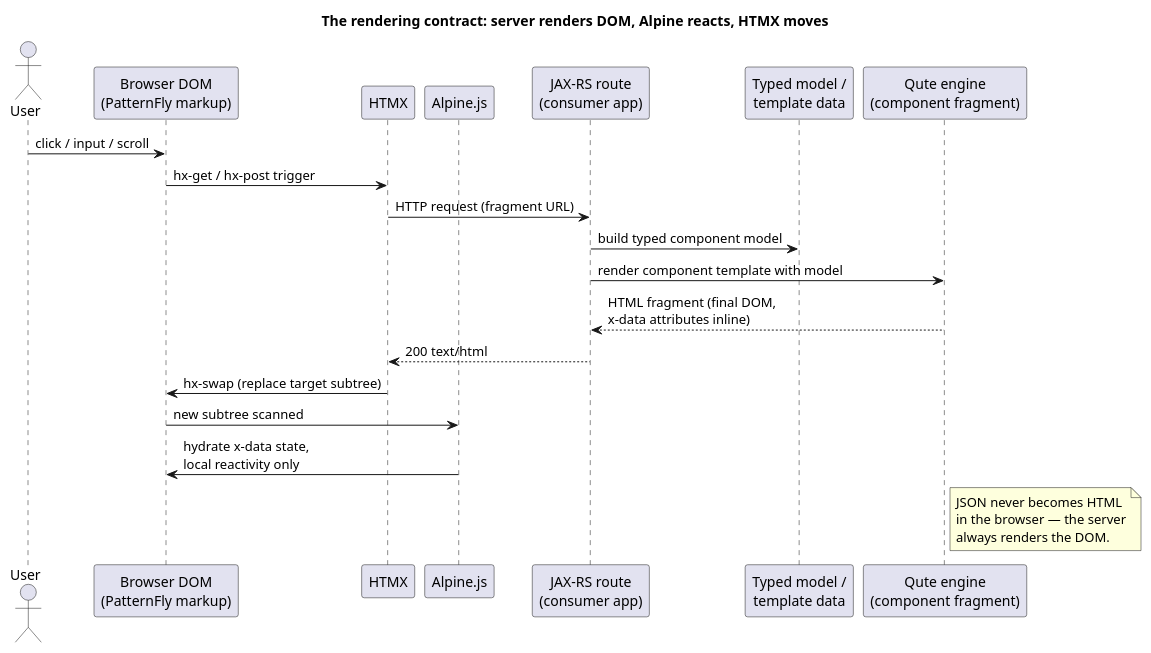
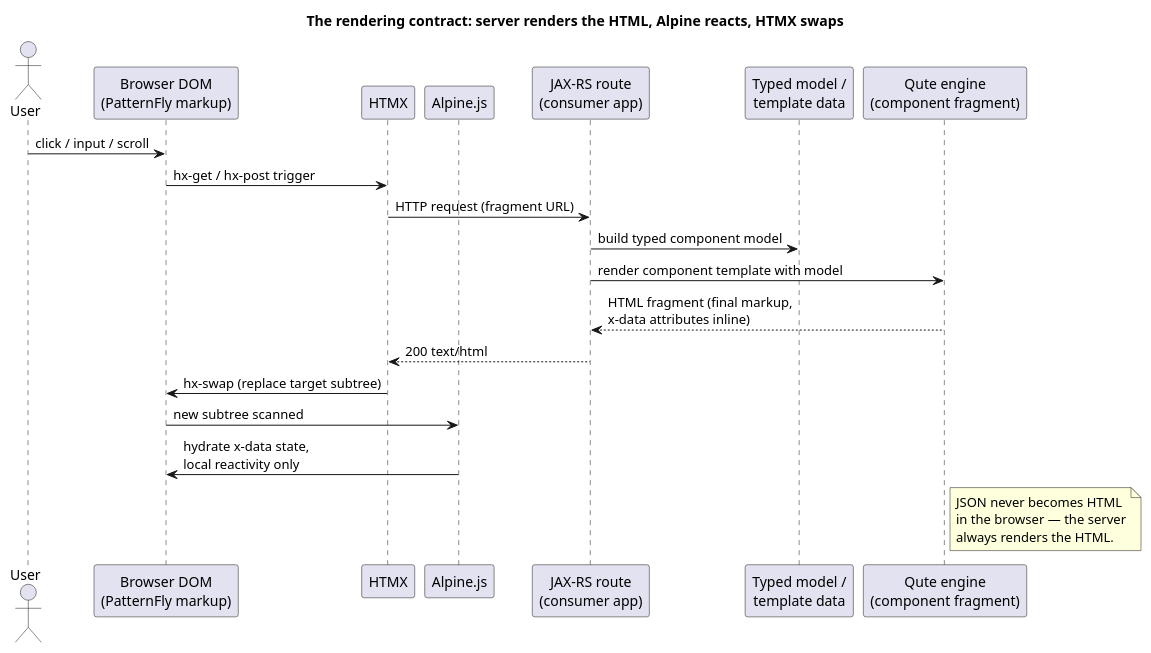
One commit to SiteNetSoft/quarkus-pha changed the diagram in docs/diagrams/sequence-htmx-render.puml. Above: the diagram before and after it, drawn with PlantUML. The commit also changed 17 other files, not shown here.

First line of the commit message:
docs: SPA-free framing sweep — server renders the HTML, HTMX swaps

```diff
--- a/docs/diagrams/sequence-htmx-render.puml
+++ b/docs/diagrams/sequence-htmx-render.puml
@@ -1,27 +1,27 @@
 @startuml sequence-htmx-render
-title The rendering contract: server renders DOM, Alpine reacts, HTMX moves
+title The rendering contract: server renders the HTML, Alpine reacts, HTMX swaps
 
 actor User
 participant "Browser DOM\n(PatternFly markup)" as DOM
 participant "HTMX" as HTMX
 participant "Alpine.js" as Alpine
 participant "JAX-RS route\n(consumer app)" as Route
 participant "Typed model /\ntemplate data" as Model
 participant "Qute engine\n(component fragment)" as Qute
 
 User -> DOM : click / input / scroll
 DOM -> HTMX : hx-get / hx-post trigger
 HTMX -> Route : HTTP request (fragment URL)
 Route -> Model : build typed component model
 Route -> Qute : render component template with model
-Qute --> Route : HTML fragment (final DOM,\nx-data attributes inline)
+Qute --> Route : HTML fragment (final markup,\nx-data attributes inline)
 Route --> HTMX : 200 text/html
 HTMX -> DOM : hx-swap (replace target subtree)
 DOM -> Alpine : new subtree scanned
 Alpine -> DOM : hydrate x-data state,\nlocal reactivity only
 note right of Qute
   JSON never becomes HTML
   in the browser — the server
-  always renders the DOM.
+  always renders the HTML.
 end note
 @enduml
```
